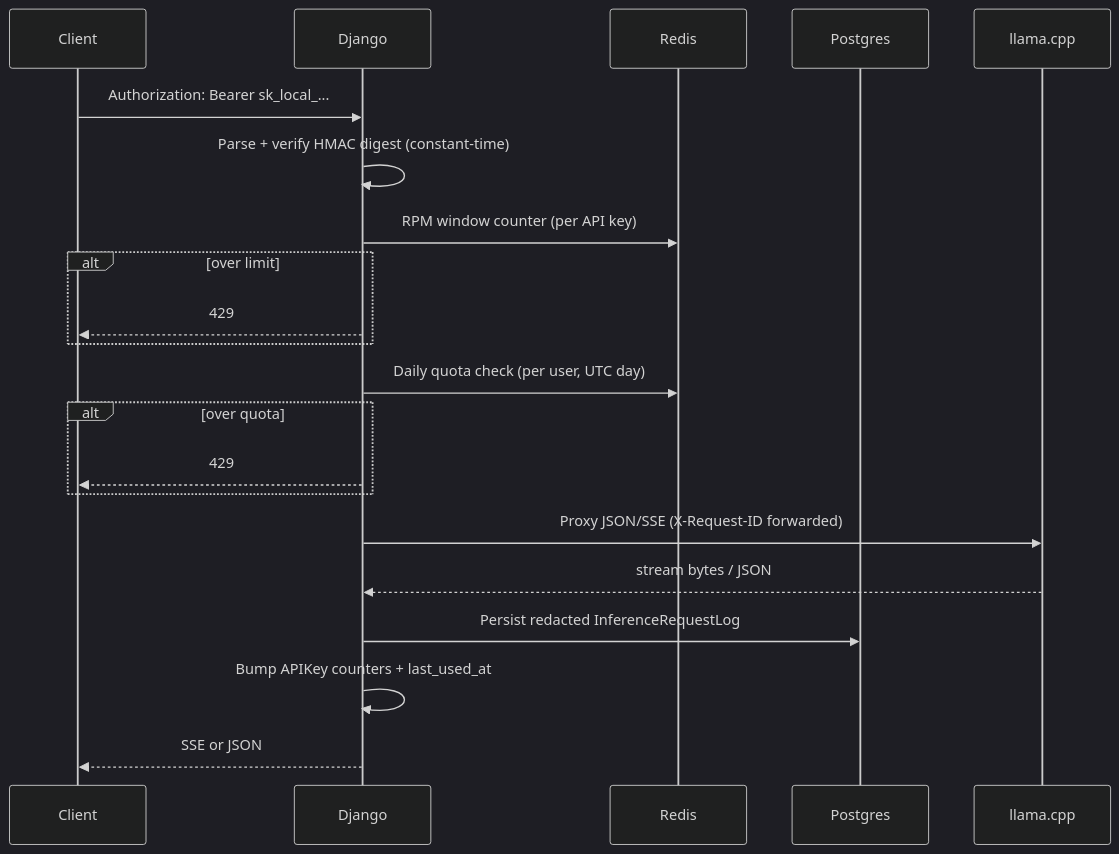
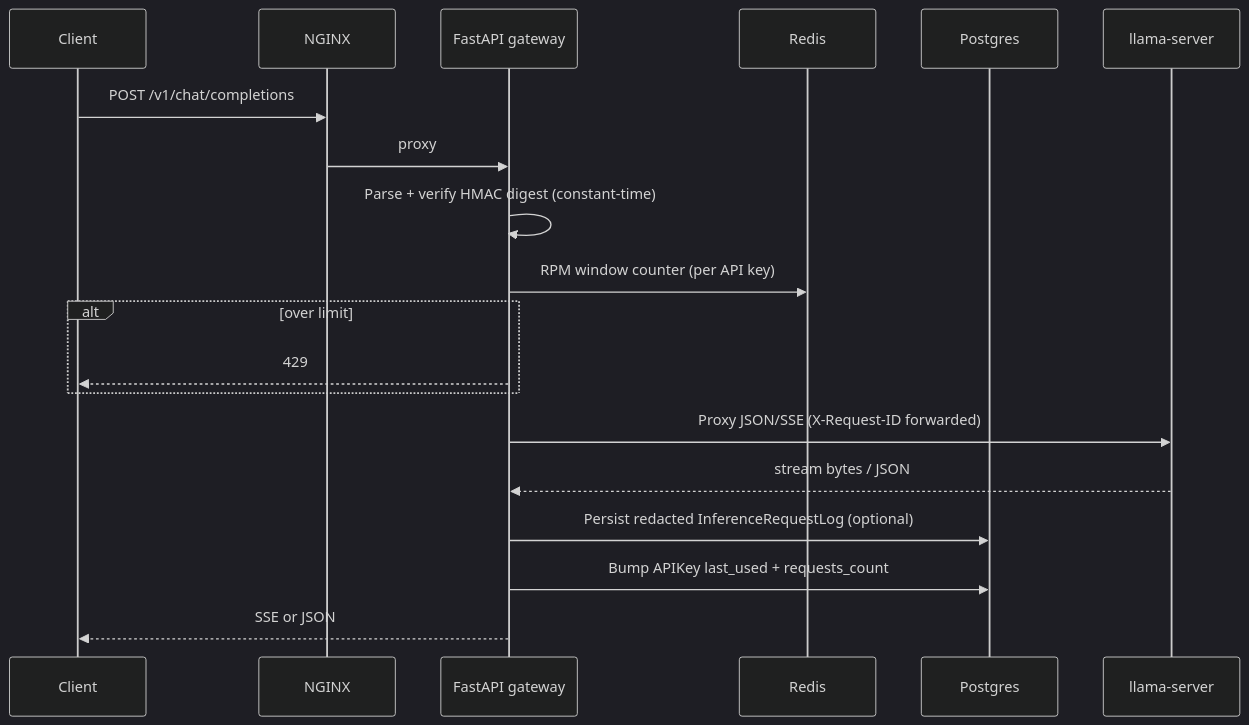
Before and after one commit to saumitra91/ai-inference-gateway-platform: the second of 2 diagrams in docs/architecture.md, drawn with Mermaid (dark theme). The commit also changed other lines of this file and 21 other files, not shown here.

````diff
--- a/docs/architecture.md
+++ b/docs/architecture.md
@@ -22,24 +27,22 @@
 ```mermaid
 sequenceDiagram
   participant C as Client
-  participant D as Django
+  participant N as NGINX
+  participant G as FastAPI gateway
   participant R as Redis
   participant P as Postgres
-  participant L as llama.cpp
+  participant L as llama-server
 
-  C->>D: Authorization: Bearer sk_local_...
-  D->>D: Parse + verify HMAC digest (constant-time)
-  D->>R: RPM window counter (per API key)
+  C->>N: POST /v1/chat/completions
+  N->>G: proxy
+  G->>G: Parse + verify HMAC digest (constant-time)
+  G->>R: RPM window counter (per API key)
   alt over limit
-    D-->>C: 429
+    G-->>C: 429
   end
-  D->>R: Daily quota check (per user, UTC day)
-  alt over quota
-    D-->>C: 429
-  end
-  D->>L: Proxy JSON/SSE (X-Request-ID forwarded)
-  L-->>D: stream bytes / JSON
-  D->>P: Persist redacted InferenceRequestLog
-  D->>D: Bump APIKey counters + last_used_at
-  D-->>C: SSE or JSON
+  G->>L: Proxy JSON/SSE (X-Request-ID forwarded)
+  L-->>G: stream bytes / JSON
+  G->>P: Persist redacted InferenceRequestLog (optional)
+  G->>P: Bump APIKey last_used + requests_count
+  G-->>C: SSE or JSON
 ```
````
